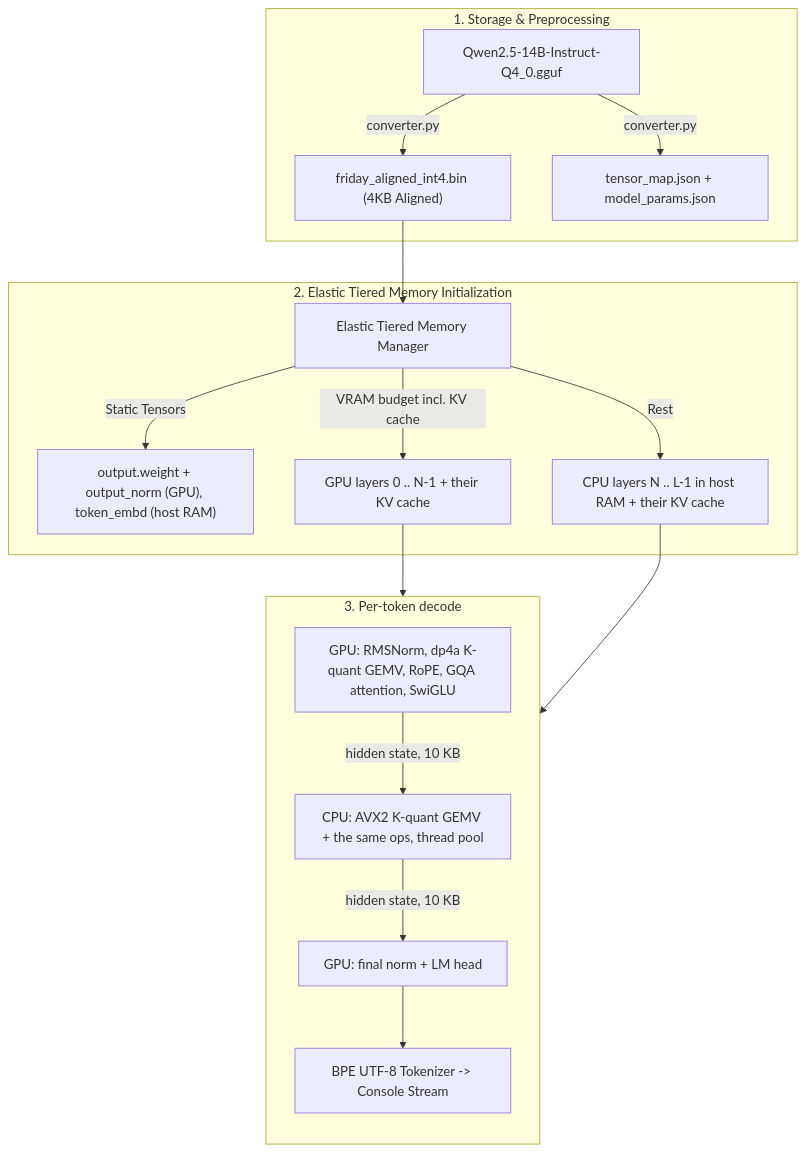
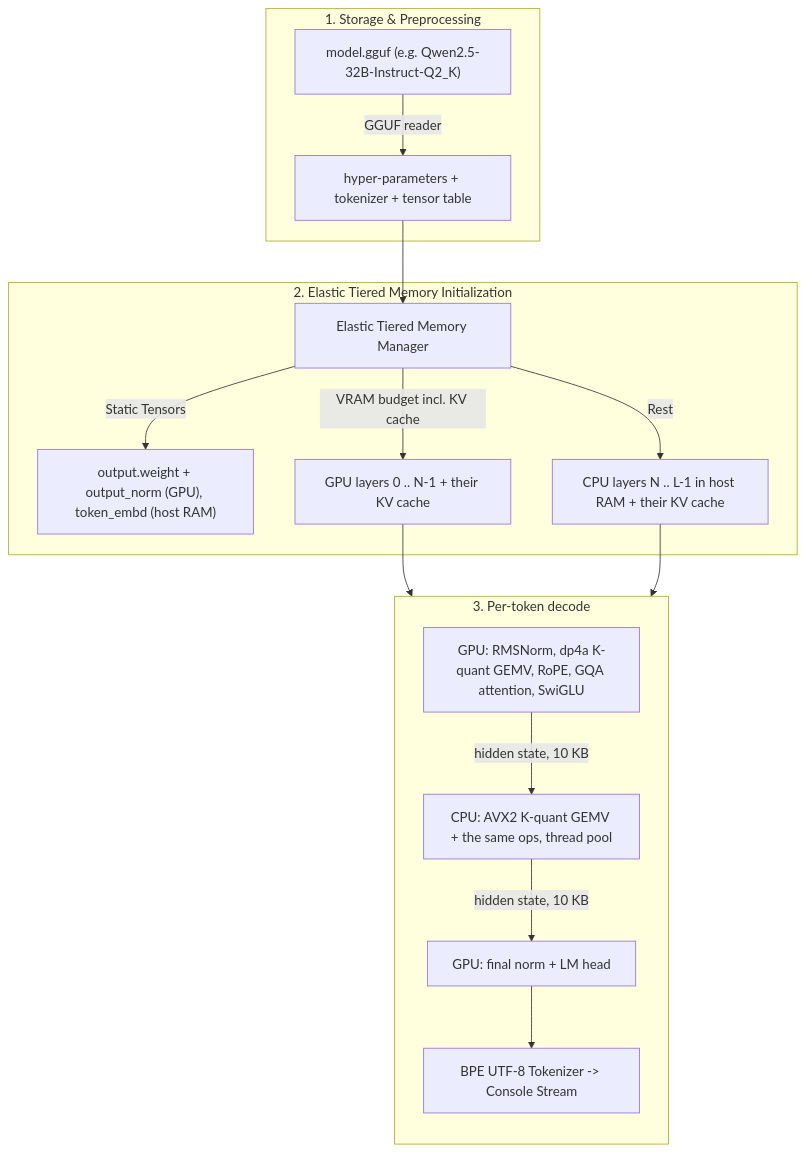
One commit to onurtamer/friday-inference-engine changed the diagram in README.md. Above: the diagram before and after it, drawn with Mermaid. The commit also changed other lines of this file and 16 other files, not shown here.

First line of the commit message:
feat(loader): load GGUF files directly; deprecate converter output

````diff
--- a/README.md
+++ b/README.md
@@ -37,23 +37,22 @@
 ```mermaid
 flowchart TD
     subgraph Storage["1. Storage & Preprocessing"]
-        GGUF["Qwen2.5-14B-Instruct-Q4_0.gguf"] -->|converter.py| BIN["friday_aligned_int4.bin (4KB Aligned)"]
-        GGUF -->|converter.py| MAP["tensor_map.json + model_params.json"]
+        GGUF["model.gguf (e.g. Qwen2.5-32B-Instruct-Q2_K)"] -->|GGUF reader| META["hyper-parameters + tokenizer + tensor table"]
     end
 
     subgraph Initialization["2. Elastic Tiered Memory Initialization"]
-        BIN --> ETM["Elastic Tiered Memory Manager"]
+        META --> ETM["Elastic Tiered Memory Manager"]
         ETM -->|Static Tensors| EMB["output.weight + output_norm (GPU), token_embd (host RAM)"]
         ETM -->|VRAM budget incl. KV cache| GPU_LAYERS["GPU layers 0 .. N-1 + their KV cache"]
         ETM -->|Rest| HOST_LAYERS["CPU layers N .. L-1 in host RAM + their KV cache"]
     end
 
     subgraph Inference["3. Per-token decode"]
         direction TB
         GPU_LAYERS --> GPU_PHASE["GPU: RMSNorm, dp4a K-quant GEMV, RoPE, GQA attention, SwiGLU"]
         GPU_PHASE -->|hidden state, 10 KB| CPU_PHASE["CPU: AVX2 K-quant GEMV + the same ops, thread pool"]
         HOST_LAYERS --> CPU_PHASE
         CPU_PHASE -->|hidden state, 10 KB| HEAD["GPU: final norm + LM head"]
         HEAD --> STREAM["BPE UTF-8 Tokenizer -> Console Stream"]
     end
 ```
````
